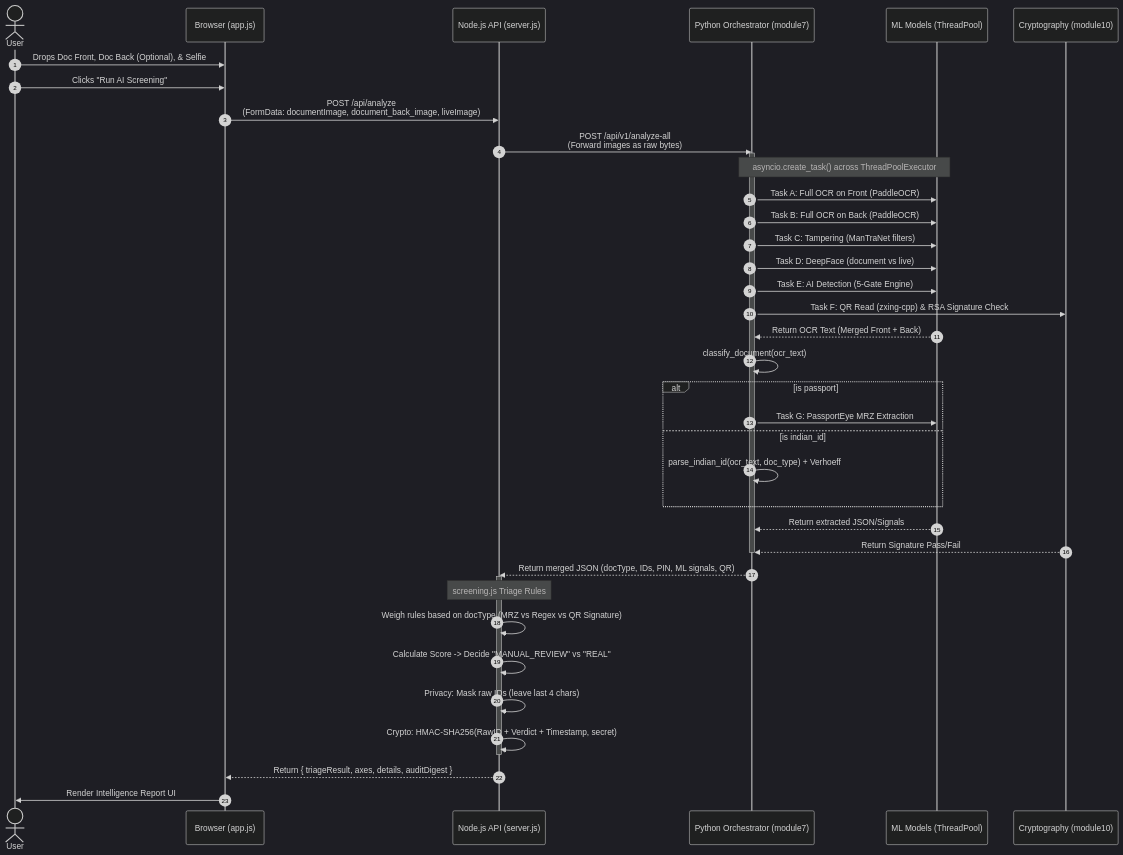
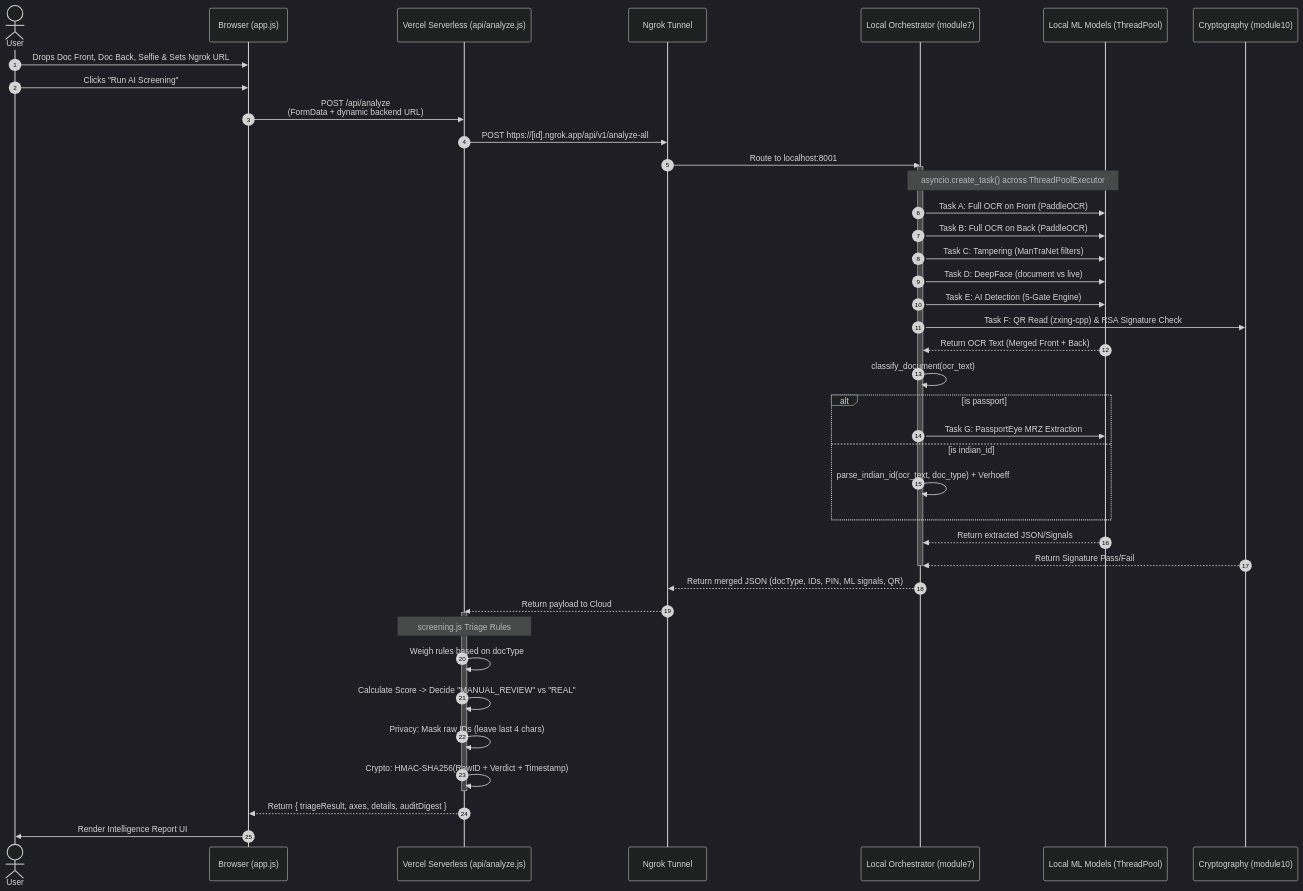
The second of 3 diagrams in architecture_diagram.md (jeeva5655/kYC-Tick), drawn with Mermaid (dark theme) before and after one commit. The commit also changed other lines of this file, not shown here.

Commit message:
docs: update architecture diagram for Vercel + Ngrok

````diff
--- a/architecture_diagram.md
+++ b/architecture_diagram.md
@@ -71,61 +71,64 @@
 ```mermaid
 sequenceDiagram
     autonumber
     actor User
     participant App as Browser (app.js)
-    participant Node as Node.js API (server.js)
-    participant Python as Python Orchestrator (module7)
-    participant ML as ML Models (ThreadPool)
+    participant Vercel as Vercel Serverless (api/analyze.js)
+    participant Ngrok as Ngrok Tunnel
+    participant Python as Local Orchestrator (module7)
+    participant ML as Local ML Models (ThreadPool)
     participant QR as Cryptography (module10)
     
-    User->>App: Drops Doc Front, Doc Back (Optional), & Selfie
+    User->>App: Drops Doc Front, Doc Back, Selfie & Sets Ngrok URL
     User->>App: Clicks "Run AI Screening"
     
-    %% Request to Node
-    App->>Node: POST /api/analyze<br/>(FormData: documentImage, document_back_image, liveImage)
-    Node->>Python: POST /api/v1/analyze-all<br/>(Forward images as raw bytes)
+    %% Request to Vercel
+    App->>Vercel: POST /api/analyze<br/>(FormData + dynamic backend URL)
+    Vercel->>Ngrok: POST https://[id].ngrok.app/api/v1/analyze-all
+    Ngrok->>Python: Route to localhost:8001
     
     %% Python internal dispatch - Phase 1
     activate Python
     note over Python, ML: asyncio.create_task() across ThreadPoolExecutor
     Python->>ML: Task A: Full OCR on Front (PaddleOCR)
     Python->>ML: Task B: Full OCR on Back (PaddleOCR)
     Python->>ML: Task C: Tampering (ManTraNet filters)
     Python->>ML: Task D: DeepFace (document vs live)
     Python->>ML: Task E: AI Detection (5-Gate Engine)
     Python->>QR: Task F: QR Read (zxing-cpp) & RSA Signature Check
     
     %% Classification Phase
     ML-->>Python: Return OCR Text (Merged Front + Back)
     Python->>Python: classify_document(ocr_text)
     
     %% Phase 2 extraction
     alt is passport
         Python->>ML: Task G: PassportEye MRZ Extraction
     else is indian_id
         Python->>Python: parse_indian_id(ocr_text, doc_type) + Verhoeff
     end
     
     ML-->>Python: Return extracted JSON/Signals
     QR-->>Python: Return Signature Pass/Fail
     deactivate Python
     
     %% Python to Node
-    Python-->>Node: Return merged JSON (docType, IDs, PIN, ML signals, QR)
+    Python-->>Ngrok: Return merged JSON (docType, IDs, PIN, ML signals, QR)
+    Ngrok-->>Vercel: Return payload to Cloud
     
-    %% Node Triage
-    activate Node
-    note over Node: screening.js Triage Rules
-    Node->>Node: Weigh rules based on docType (MRZ vs Regex vs QR Signature)
-    Node->>Node: Calculate Score -> Decide "MANUAL_REVIEW" vs "REAL"
+    %% Vercel Triage
+    activate Vercel
+    note over Vercel: screening.js Triage Rules
+    Vercel->>Vercel: Weigh rules based on docType
+    Vercel->>Vercel: Calculate Score -> Decide "MANUAL_REVIEW" vs "REAL"
     
     %% Privacy & Crypto
-    Node->>Node: Privacy: Mask raw IDs (leave last 4 chars)
-    Node->>Node: Crypto: HMAC-SHA256(RawID + Verdict + Timestamp, secret)
-    deactivate Node
+    Vercel->>Vercel: Privacy: Mask raw IDs (leave last 4 chars)
+    Vercel->>Vercel: Crypto: HMAC-SHA256(RawID + Verdict + Timestamp)
+    deactivate Vercel
     
-    %% Node to App
-    Node-->>App: Return { triageResult, axes, details, auditDigest }
+    %% Vercel to App
+    Vercel-->>App: Return { triageResult, axes, details, auditDigest }
     
     App->>User: Render Intelligence Report UI
 ```
````
